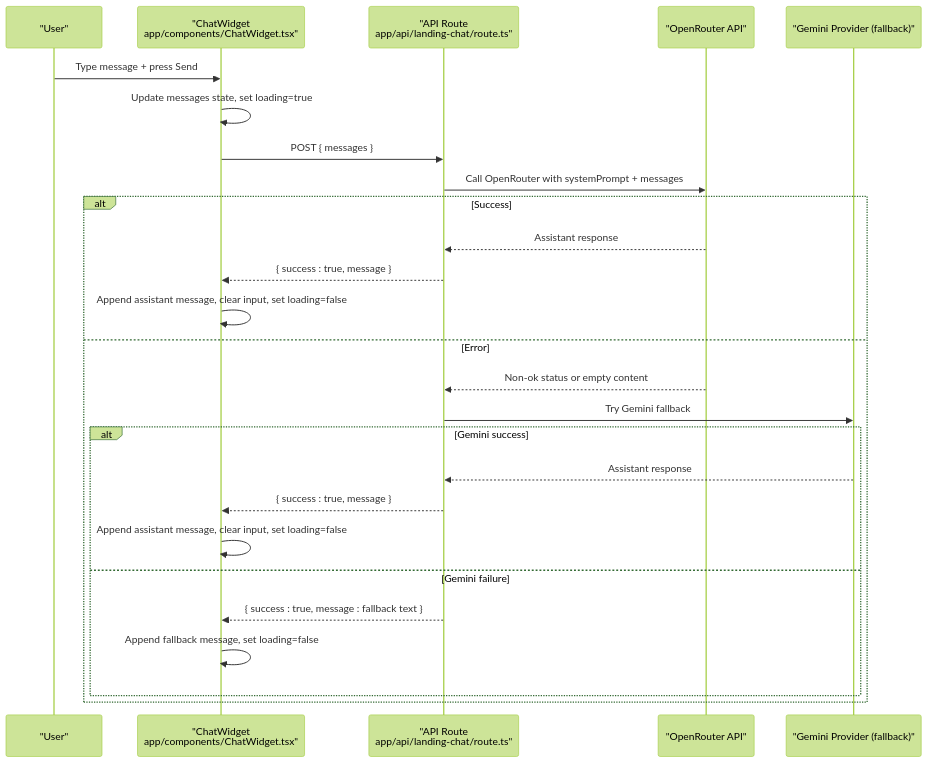
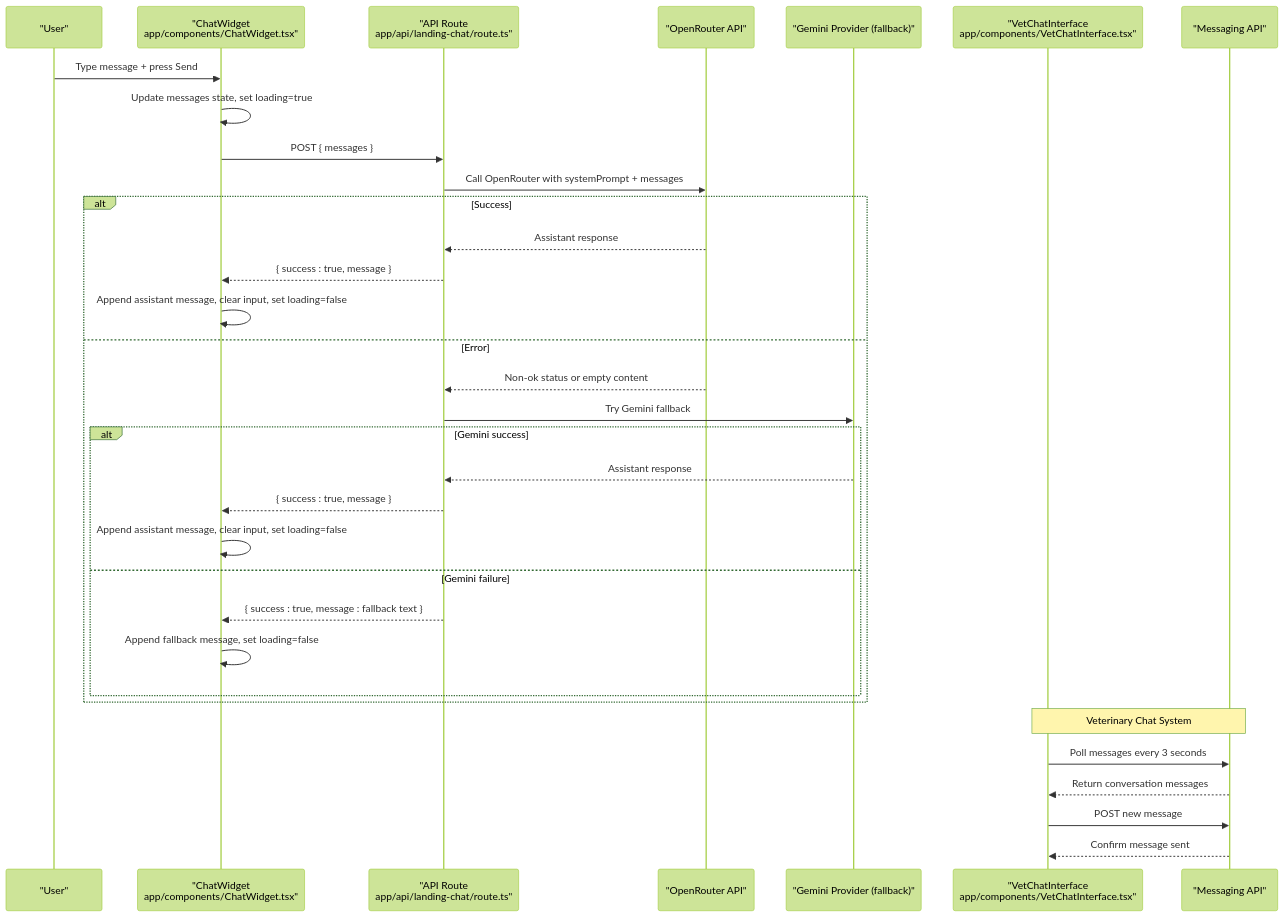
One commit to Javeria-Javaid/ai-powered-pet-healthcare-ecosystem changed the second of 5 diagrams in .qoder/repowiki/en/content/UI Components/Chat Widget Component.md. Above: the diagram before and after it, drawn with Mermaid (forest theme). The commit also changed other lines of this file and 37 other files, not shown here.

````diff
--- a/.qoder/repowiki/en/content/UI Components/Chat Widget Component.md
+++ b/.qoder/repowiki/en/content/UI Components/Chat Widget Component.md
@@ -66,28 +82,35 @@
 ```mermaid
 sequenceDiagram
 participant U as "User"
 participant W as "ChatWidget<br/>app/components/ChatWidget.tsx"
 participant R as "API Route<br/>app/api/landing-chat/route.ts"
 participant O as "OpenRouter API"
 participant G as "Gemini Provider (fallback)"
+participant V as "VetChatInterface<br/>app/components/VetChatInterface.tsx"
+participant M as "Messaging API"
 U->>W : Type message + press Send
 W->>W : Update messages state, set loading=true
 W->>R : POST { messages }
 R->>O : Call OpenRouter with systemPrompt + messages
 alt Success
 O-->>R : Assistant response
 R-->>W : { success : true, message }
 W->>W : Append assistant message, clear input, set loading=false
 else Error
 O-->>R : Non-ok status or empty content
 R->>G : Try Gemini fallback
 alt Gemini success
 G-->>R : Assistant response
 R-->>W : { success : true, message }
 W->>W : Append assistant message, clear input, set loading=false
 else Gemini failure
 R-->>W : { success : true, message : fallback text }
 W->>W : Append fallback message, set loading=false
 end
 end
+Note over V,M : Veterinary Chat System
+V->>M : Poll messages every 3 seconds
+M-->>V : Return conversation messages
+V->>M : POST new message
+M-->>V : Confirm message sent
 ```
````
